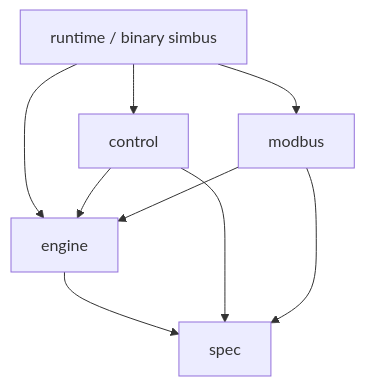
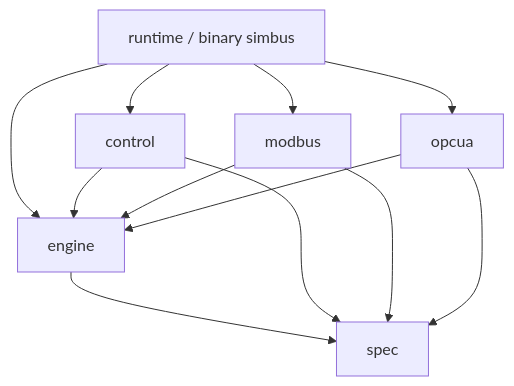
The second of 7 diagrams in docs/architecture.md (obsidia-systems/simbus), drawn with Mermaid before and after one commit. The commit also changed other lines of this file and 25 other files, not shown here.

````diff
--- a/docs/architecture.md
+++ b/docs/architecture.md
@@ -52,16 +55,20 @@
 ```mermaid
 flowchart TB
     runtime[runtime / binary simbus]
     control[control]
     modbusCrate[modbus]
+    opcuaCrate[opcua]
     engine[engine]
     spec[spec]
     runtime --> control
     runtime --> modbusCrate
+    runtime --> opcuaCrate
     runtime --> engine
     control --> engine
     modbusCrate --> engine
+    opcuaCrate --> engine
     engine --> spec
     control --> spec
     modbusCrate --> spec
+    opcuaCrate --> spec
 ```
````
